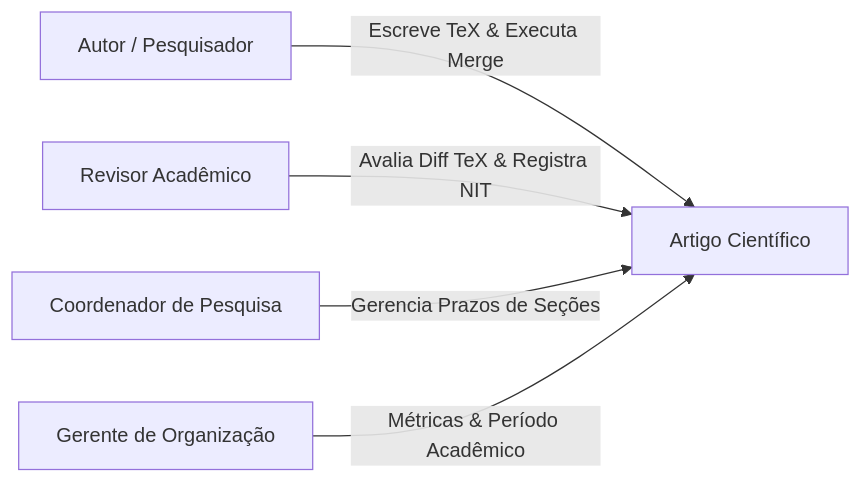
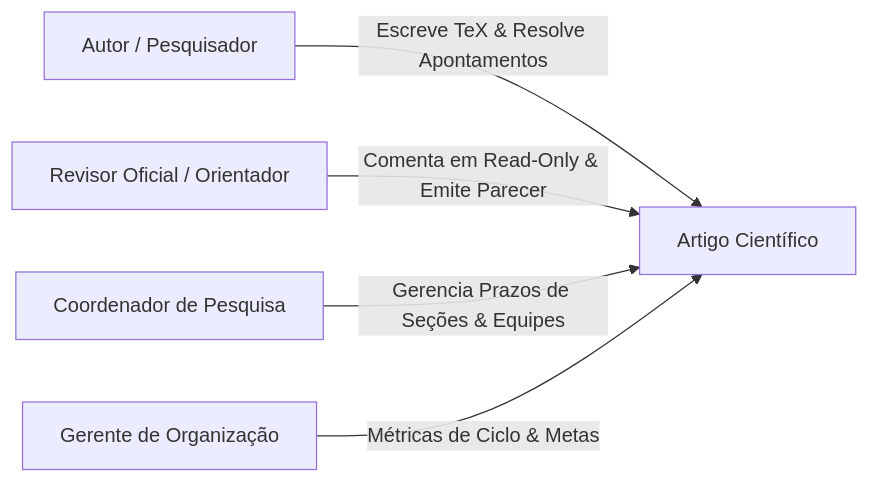
Before and after one commit to Digital-Analytics-Apps/sci-latex-vscode-ai: the first of 2 diagrams in docs/planning/PRD.md, drawn with Mermaid. The commit also changed other lines of this file and 42 other files, not shown here.

````diff
--- a/docs/planning/PRD.md
+++ b/docs/planning/PRD.md
@@ -29,7 +29,7 @@
 ```mermaid
 graph LR
-    A[Autor / Pesquisador] -->|Escreve TeX & Executa Merge| P[Artigo Científico]
-    R[Revisor Acadêmico] -->|Avalia Diff TeX & Registra NIT| P
-    C[Coordenador de Pesquisa] -->|Gerencia Prazos de Seções| P
-    G[Gerente de Organização] -->|Métricas & Período Acadêmico| P
+    A[Autor / Pesquisador] -->|Escreve TeX & Resolve Apontamentos| P[Artigo Científico]
+    R[Revisor Oficial / Orientador] -->|Comenta em Read-Only & Emite Parecer| P
+    C[Coordenador de Pesquisa] -->|Gerencia Prazos de Seções & Equipes| P
+    G[Gerente de Organização] -->|Métricas de Ciclo & Metas| P
 ```
````
